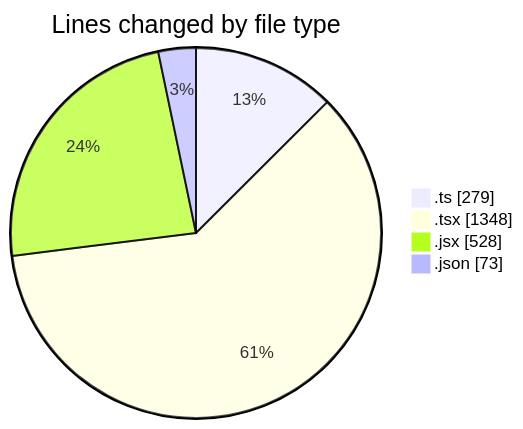
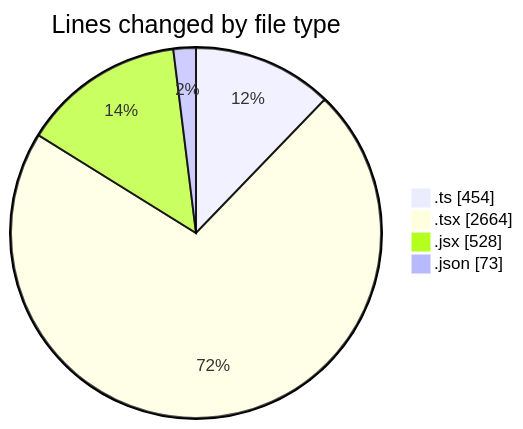
One commit to robertbonfada/code-tracking changed the first of 2 diagrams in 2025-01-25/termonied-web/README.md. Above: the diagram before and after it, drawn with Mermaid. The commit also changed other lines of this file and 1 other file, not shown here.

````diff
--- a/2025-01-25/termonied-web/README.md
+++ b/2025-01-25/termonied-web/README.md
@@ -32,8 +38,8 @@
 ```mermaid
 pie showData
 title Lines changed by file type
-".ts" : 279
-".tsx" : 1348
+".ts" : 454
+".tsx" : 2664
 ".jsx" : 528
 ".json" : 73
 ```
````
